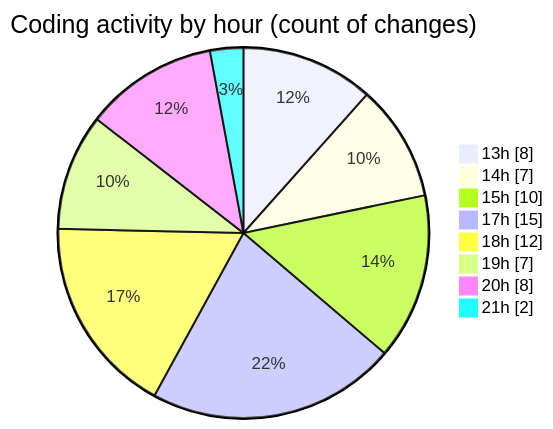
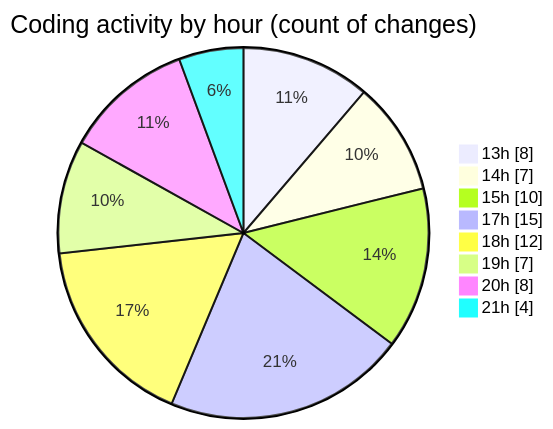
One commit to BS-eng2023/code-tracking changed the second of 2 diagrams in 2025-04-03/jsvms/README.md. Above: the diagram before and after it, drawn with Mermaid. The commit also changed other lines of this file and 1 other file, not shown here.

````diff
--- a/2025-04-03/jsvms/README.md
+++ b/2025-04-03/jsvms/README.md
@@ -43,12 +43,12 @@
 ```mermaid
 pie showData
 title Coding activity by hour (count of changes)
 "13h" : 8
 "14h" : 7
 "15h" : 10
 "17h" : 15
 "18h" : 12
 "19h" : 7
 "20h" : 8
-"21h" : 2
+"21h" : 4
 ```
````
